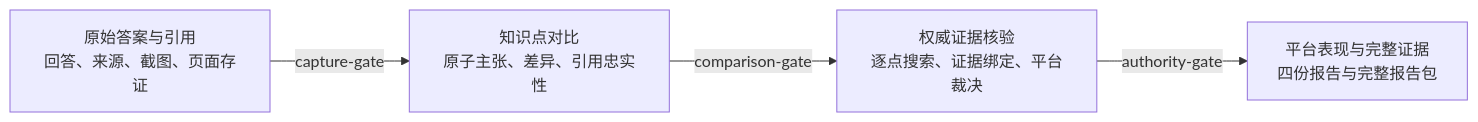
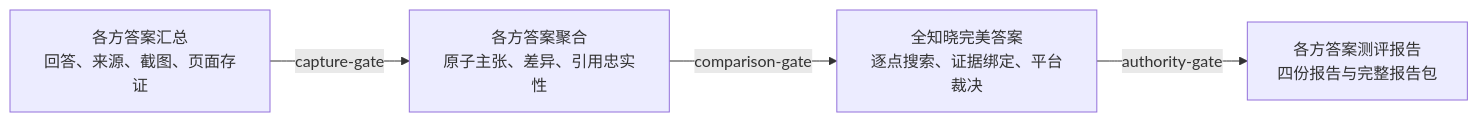
One commit to ASI2030/Fact-Check-X changed the diagram in README.md. Above: the diagram before and after it, drawn with Mermaid. The commit also changed other lines of this file and 64 other files, not shown here.

````diff
--- a/README.md
+++ b/README.md
@@ -145,10 +145,10 @@
 ```mermaid
 flowchart LR
-    A["原始答案与引用<br/>回答、来源、截图、页面存证"]
-    B["知识点对比<br/>原子主张、差异、引用忠实性"]
-    C["权威证据核验<br/>逐点搜索、证据绑定、平台裁决"]
-    D["平台表现与完整证据<br/>四份报告与完整报告包"]
+    A["各方答案汇总<br/>回答、来源、截图、页面存证"]
+    B["各方答案聚合<br/>原子主张、差异、引用忠实性"]
+    C["全知晓完美答案<br/>逐点搜索、证据绑定、平台裁决"]
+    D["各方答案测评报告<br/>四份报告与完整报告包"]
     A -->|"capture-gate"| B
     B -->|"comparison-gate"| C
     C -->|"authority-gate"| D
 ```
````
